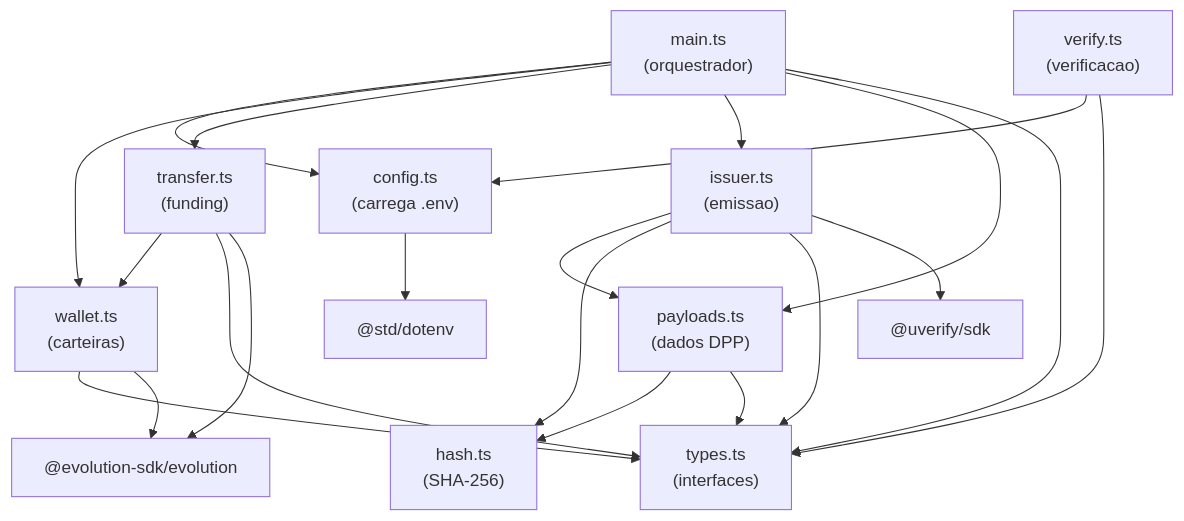
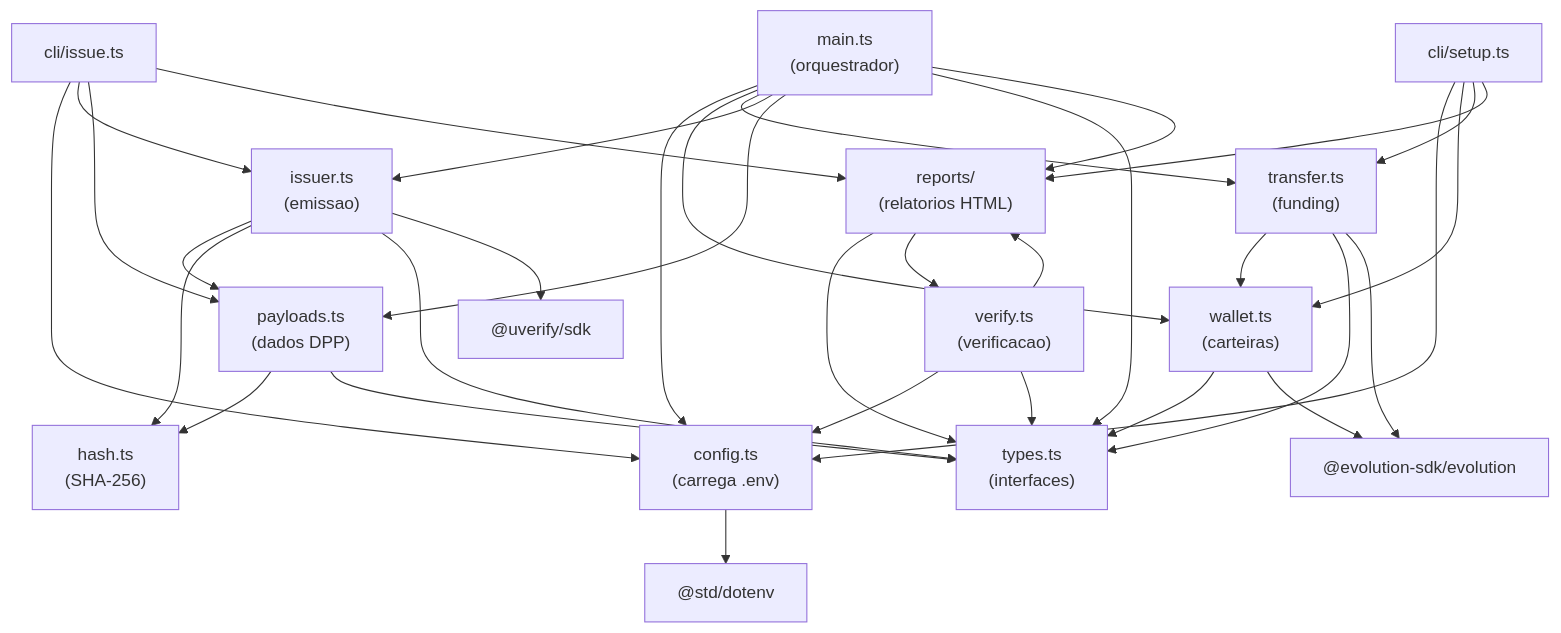
Before and after one commit to darlisagc/cardano-dpp-passaport: the seventh of 7 diagrams in arquitetura-dpp.md, drawn with Mermaid. The commit also changed other lines of this file and 8 other files, not shown here.

First line of the commit message:
Add report tests, update docs with HTML receipts and verify entry point

````diff
--- a/arquitetura-dpp.md
+++ b/arquitetura-dpp.md
@@ -520,33 +633,48 @@
 ```mermaid
 graph TD
     MAIN["main.ts<br/>(orquestrador)"] --> CONFIG["config.ts<br/>(carrega .env)"]
     MAIN --> WALLET["wallet.ts<br/>(carteiras)"]
     MAIN --> TRANSFER["transfer.ts<br/>(funding)"]
     MAIN --> ISSUER["issuer.ts<br/>(emissao)"]
     MAIN --> PAYLOADS["payloads.ts<br/>(dados DPP)"]
     MAIN --> TYPES["types.ts<br/>(interfaces)"]
+    MAIN --> REPORTS["reports/<br/>(relatorios HTML)"]
 
     ISSUER --> PAYLOADS
     ISSUER --> HASH["hash.ts<br/>(SHA-256)"]
     ISSUER --> TYPES
 
     PAYLOADS --> HASH
     PAYLOADS --> TYPES
 
     TRANSFER --> WALLET
     TRANSFER --> TYPES
 
     WALLET --> TYPES
 
     VERIFY["verify.ts<br/>(verificacao)"] --> CONFIG
     VERIFY --> TYPES
+    VERIFY --> REPORTS
+
+    CLI_SETUP["cli/setup.ts"] --> CONFIG
+    CLI_SETUP --> WALLET
+    CLI_SETUP --> TRANSFER
+    CLI_SETUP --> REPORTS
+
+    CLI_ISSUE["cli/issue.ts"] --> CONFIG
+    CLI_ISSUE --> ISSUER
+    CLI_ISSUE --> PAYLOADS
+    CLI_ISSUE --> REPORTS
+
+    REPORTS --> TYPES
+    REPORTS --> VERIFY
 
     EVOSDK["@evolution-sdk/evolution"]
     UVSDK["@uverify/sdk"]
     DOTENV["@std/dotenv"]
 
     WALLET --> EVOSDK
     TRANSFER --> EVOSDK
     ISSUER --> UVSDK
     CONFIG --> DOTENV
 ```
````
